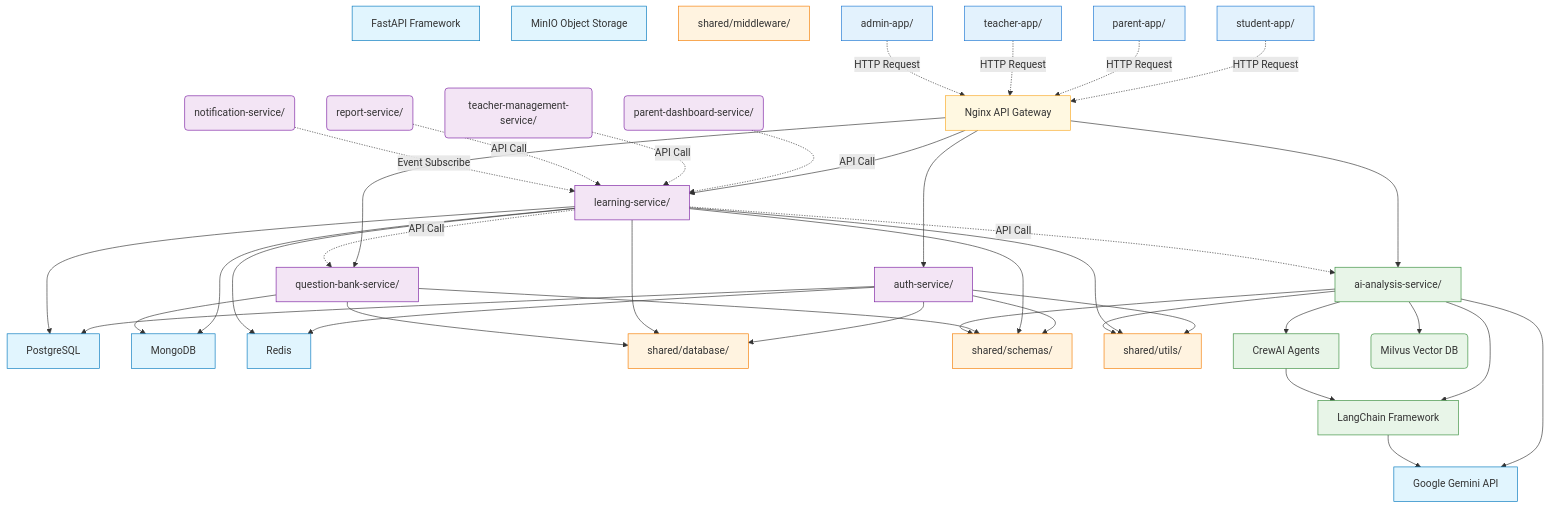
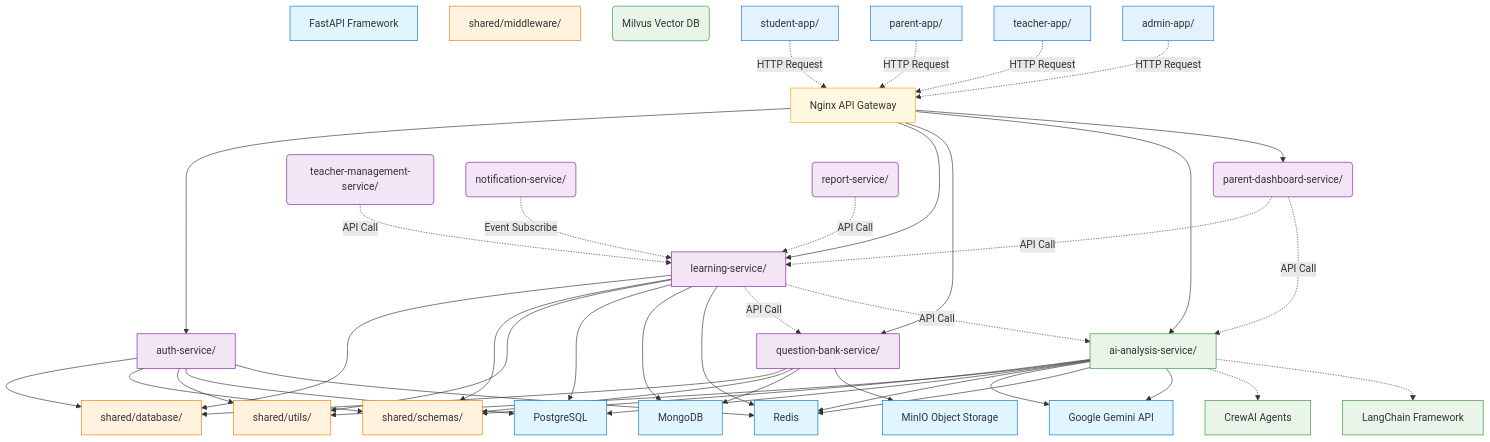
The first of 2 diagrams in 1_system_design/files/08_file_dependencies.md (Wayne-0828/InULearning_V1), drawn with Mermaid before and after one commit. The commit also changed other lines of this file and 9 other files, not shown here.

```diff
--- a/1_system_design/files/08_file_dependencies.md
+++ b/1_system_design/files/08_file_dependencies.md
@@ -91,6 +91,7 @@
     Nginx --> LearningService
     Nginx --> QuestionBankService
     Nginx --> AIAnalysisService
+    Nginx --> ParentDashboardService
     
     %% 服務對共用組件的依賴
     AuthService --> SharedDB & SharedSchemas & SharedUtils
@@ -101,18 +102,22 @@
     %% 服務對外部依賴
     AuthService --> PostgreSQL & Redis
     LearningService --> PostgreSQL & MongoDB & Redis
-    QuestionBankService --> MongoDB
-    AIAnalysisService --> Milvus & Gemini
+    QuestionBankService --> MongoDB & MinIO
+    AIAnalysisService --> PostgreSQL & Redis & Gemini
     
     %% AI 服務內部依賴
-    AIAnalysisService --> CrewAI & LangChain
-    CrewAI --> LangChain
-    LangChain --> Gemini
+    %% AI 服務內部依賴（現況）
+    AIAnalysisService --> Redis
+    AIAnalysisService --> Gemini
+    %% 規劃中
+    AIAnalysisService -.-> CrewAI
+    AIAnalysisService -.-> LangChain
     
     %% 服務間依賴
     LearningService -.->|API Call| QuestionBankService
     LearningService -.->|API Call| AIAnalysisService
     ParentDashboardService -.->|API Call| LearningService
+    ParentDashboardService -.->|API Call| AIAnalysisService
     TeacherManagementService -.->|API Call| LearningService
     ReportService -.->|API Call| LearningService
     NotificationService -.->|Event Subscribe| LearningService
```
